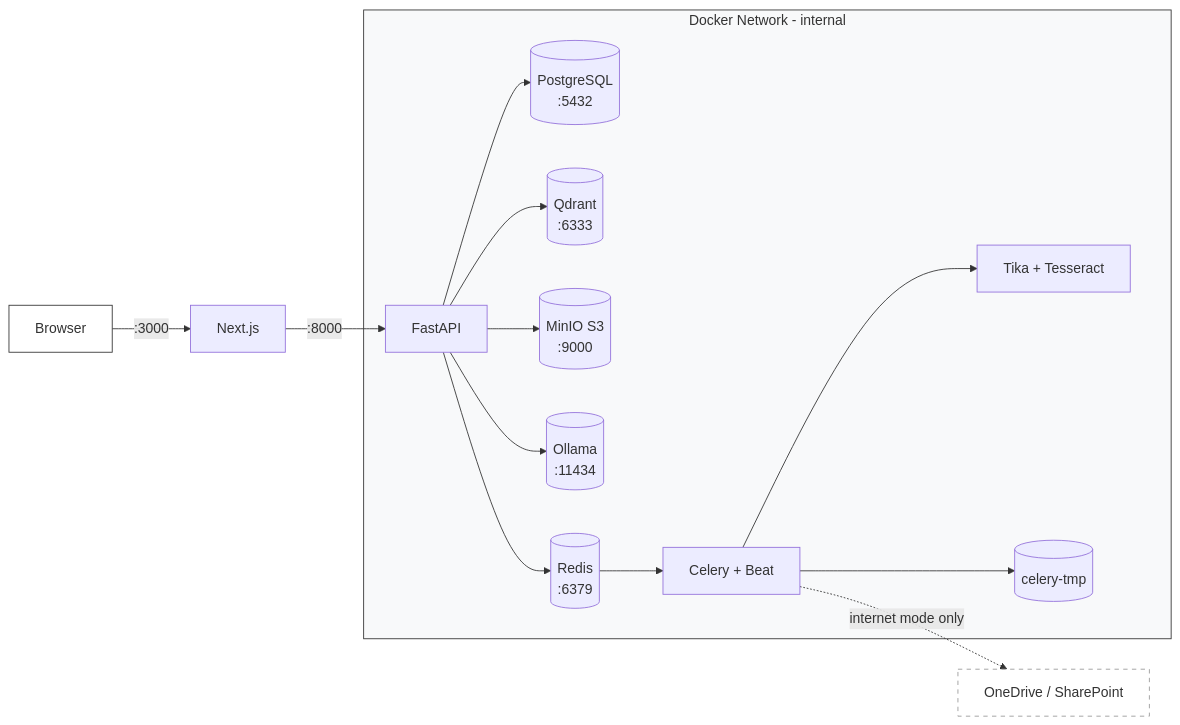
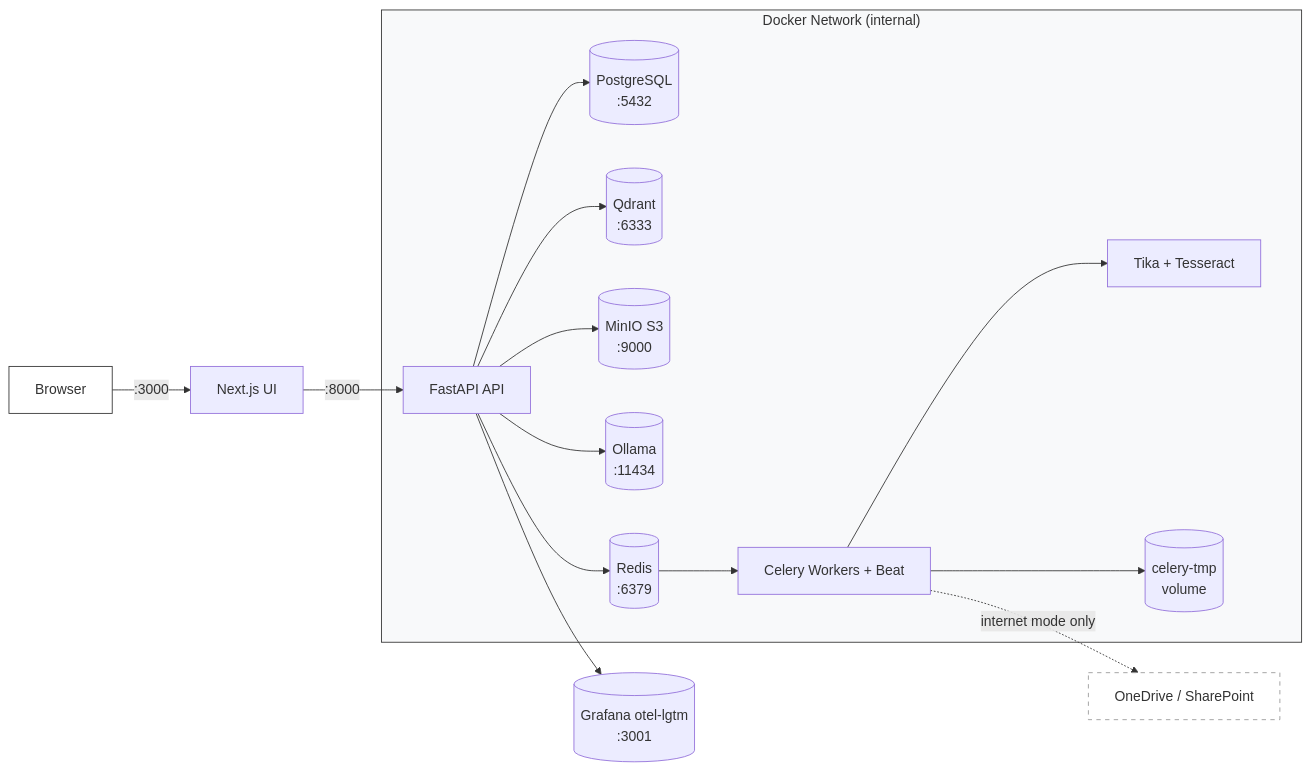
The diagram in docs/ARCHITECTURE.md (njrenaissance/gideon), drawn with Mermaid before and after one commit. The commit also changed other lines of this file and 6 other files, not shown here.

First line of the commit message:
docs(#115): Reorganize ARCHITECTURE.md by service layers and extract data flows

````diff
--- a/docs/ARCHITECTURE.md
+++ b/docs/ARCHITECTURE.md
@@ -15,22 +173,23 @@
 ```mermaid
 graph LR
-    Browser -->|:3000| NextJS[Next.js]
-    NextJS -->|:8000| FastAPI
+    Browser -->|:3000| NextJS[Next.js UI]
+    NextJS -->|:8000| FastAPI[FastAPI API]
 
-    subgraph docker[Docker Network - internal]
+    subgraph docker["Docker Network (internal)"]
         FastAPI --> PostgreSQL[("PostgreSQL\n:5432")]
         FastAPI --> Qdrant[("Qdrant\n:6333")]
         FastAPI --> MinIO[("MinIO S3\n:9000")]
         FastAPI --> Ollama[("Ollama\n:11434")]
         FastAPI --> Redis[("Redis\n:6379")]
-        Redis --> Celery[Celery + Beat]
-        Celery --> Tika[Tika + Tesseract]
-        Celery --> TmpVol[(celery-tmp)]
+        Redis --> Celery["Celery Workers + Beat"]
+        Celery --> Tika["Tika + Tesseract"]
+        Celery --> TmpVol[("celery-tmp\nvolume")]
     end
 
-    Celery -.->|internet mode only| OneDrive[OneDrive / SharePoint]
+    Celery -.->|internet mode only| OneDrive["OneDrive / SharePoint"]
+    FastAPI --> Grafana[("Grafana otel-lgtm\n:3001")]
 
     style docker fill:#f8f9fa,stroke:#333
     style Browser fill:#fff,stroke:#333
     style OneDrive fill:#fff,stroke:#999,stroke-dasharray: 5 5
 ```
````
